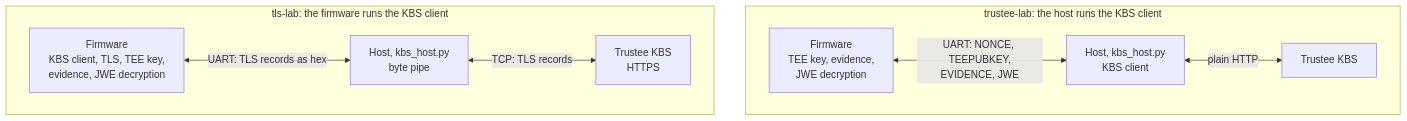
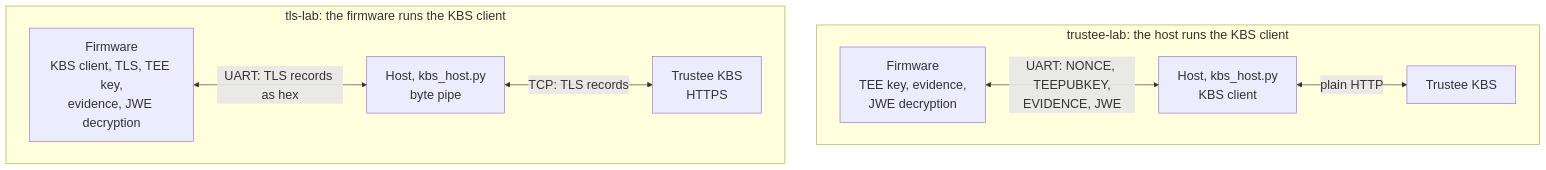
The diagram in assets/diagrams/client-move.mmd (bpradipt/blogs), drawn with Mermaid before and after one commit. The commit also changed 1 other file, not shown here.

Commit message:
Enlarge TLS client-move diagram

```diff
--- a/assets/diagrams/client-move.mmd
+++ b/assets/diagrams/client-move.mmd
@@ -1,11 +1,16 @@
+%%{init: {"themeVariables": {"fontSize": "20px"}}}%%
 flowchart TB
     subgraph old ["trustee-lab: the host runs the KBS client"]
-        direction LR
-        fw1["Firmware<br/>TEE key, evidence,<br/>JWE decryption"] <-->|"UART: NONCE, TEEPUBKEY,<br/>EVIDENCE, JWE"| h1["Host, kbs_host.py<br/>KBS client"]
-        h1 <-->|"plain HTTP"| k1["Trustee KBS"]
+        fw1["Firmware<br/>TEE key, evidence,<br/>JWE decryption"]
+        h1["Host, kbs_host.py<br/>KBS client"]
+        k1["Trustee KBS"]
+        fw1 <-->|"UART: NONCE, TEEPUBKEY,<br/>EVIDENCE, JWE"| h1
+        h1 <-->|"plain HTTP"| k1
     end
     subgraph new ["tls-lab: the firmware runs the KBS client"]
-        direction LR
-        fw2["Firmware<br/>KBS client, TLS, TEE key,<br/>evidence, JWE decryption"] <-->|"UART: TLS records as hex"| h2["Host, kbs_host.py<br/>byte pipe"]
-        h2 <-->|"TCP: TLS records"| k2["Trustee KBS<br/>HTTPS"]
+        fw2["Firmware<br/>KBS client, TLS, TEE key,<br/>evidence, JWE decryption"]
+        h2["Host, kbs_host.py<br/>byte pipe"]
+        k2["Trustee KBS<br/>HTTPS"]
+        fw2 <-->|"UART: TLS records as hex"| h2
+        h2 <-->|"TCP: TLS records"| k2
     end
```
